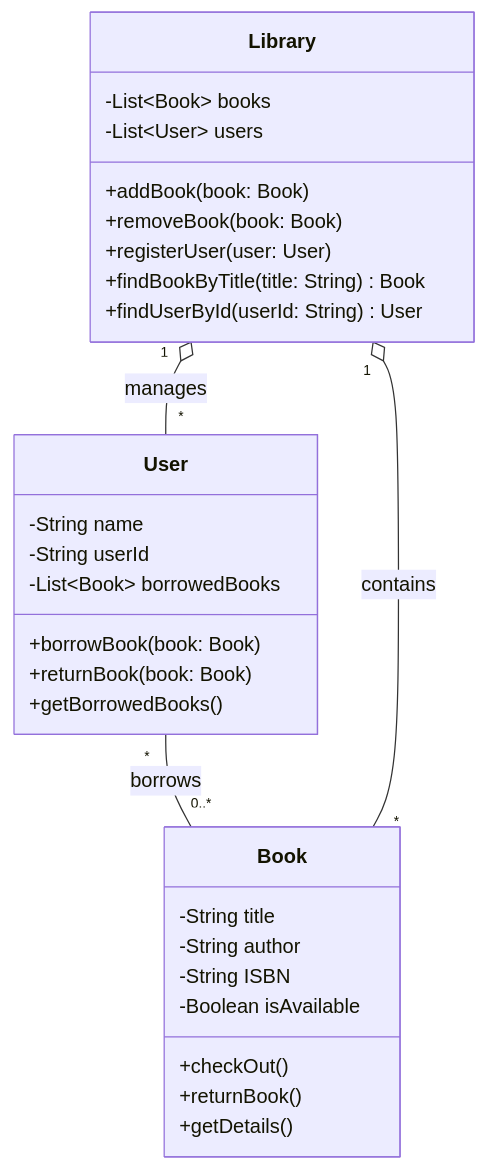
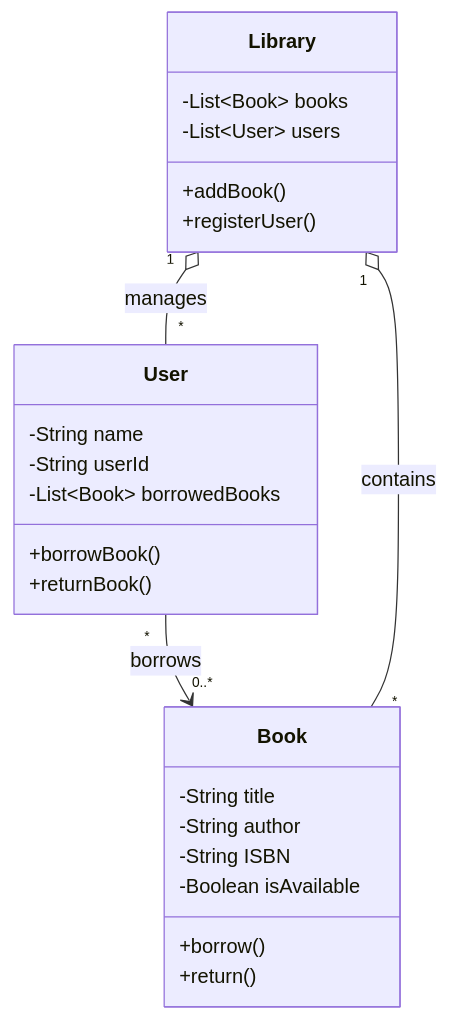
The second of 9 diagrams in README.md (Evgeny65ok/mermaid-diagrams), drawn with Mermaid before and after one commit. The commit also changed other lines of this file, not shown here.

````diff
--- a/README.md
+++ b/README.md
@@ -38,35 +34,30 @@
 ```mermaid
 classDiagram
     class Book {
         -String title
         -String author
         -String ISBN
         -Boolean isAvailable
-        +checkOut()
-        +returnBook()
-        +getDetails()
+        +borrow()
+        +return()
     }
     
     class User {
         -String name
         -String userId
         -List~Book~ borrowedBooks
-        +borrowBook(book: Book)
-        +returnBook(book: Book)
-        +getBorrowedBooks()
+        +borrowBook()
+        +returnBook()
     }
     
     class Library {
         -List~Book~ books
         -List~User~ users
-        +addBook(book: Book)
-        +removeBook(book: Book)
-        +registerUser(user: User)
-        +findBookByTitle(title: String) Book
-        +findUserById(userId: String) User
+        +addBook()
+        +registerUser()
     }
     
-    User "*" -- "0..*" Book : borrows
+    User "*" --> "0..*" Book : borrows
     Library "1" o-- "*" Book : contains
     Library "1" o-- "*" User : manages
 ```
````
